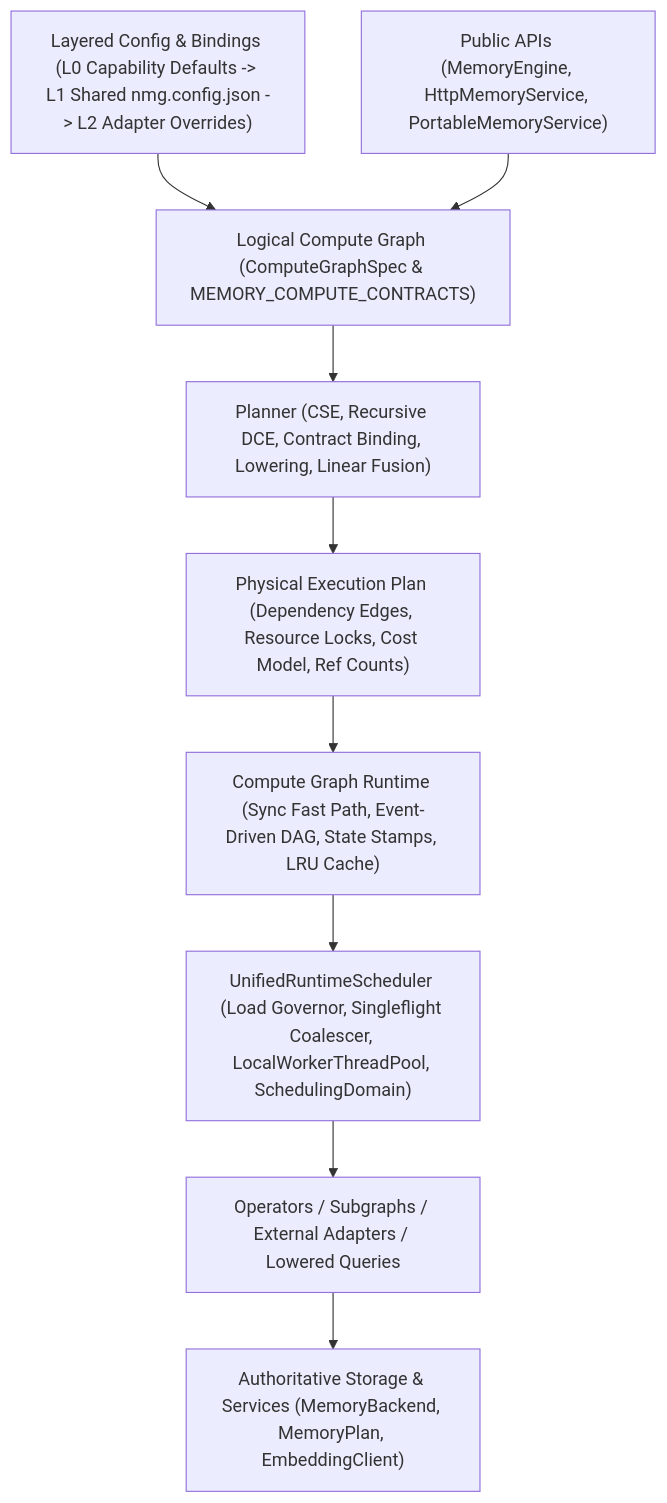
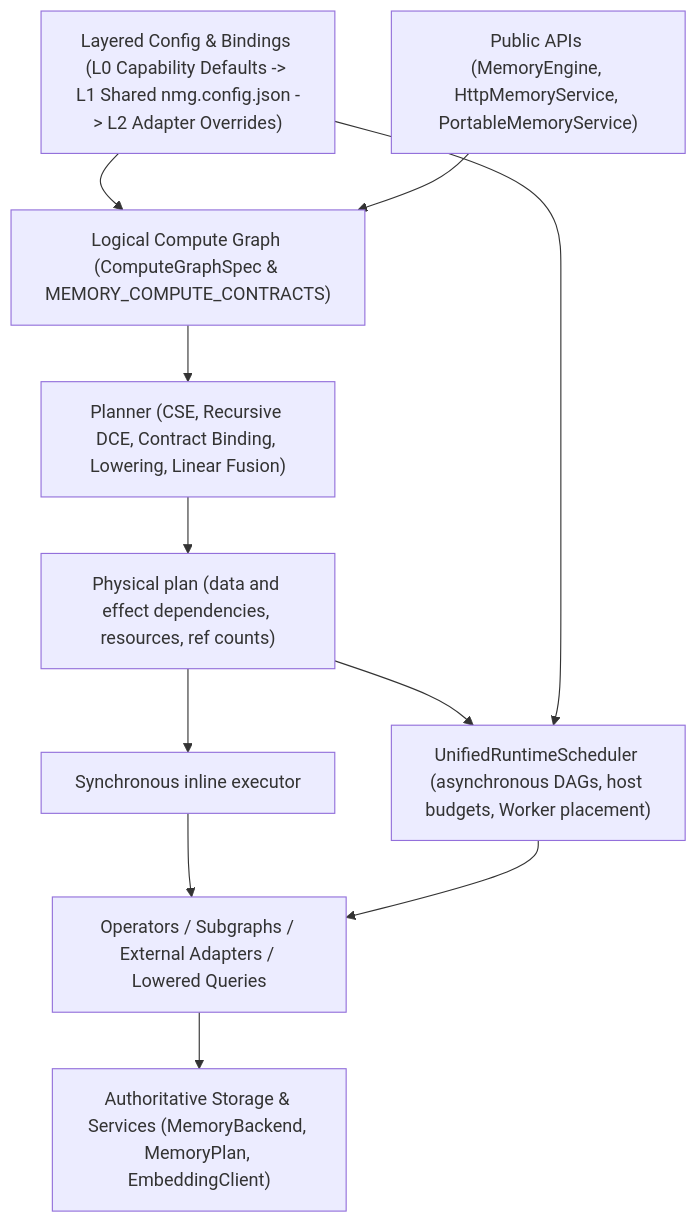
Before and after one commit to wefio/NodeMemoryGraph: the diagram in docs/design/unified-architecture/compute-engine.md, drawn with Mermaid. The commit also changed other lines of this file and 41 other files, not shown here.

First line of the commit message:
refactor(runtime): converge production compute scheduling and capability binding

````diff
--- a/docs/design/unified-architecture/compute-engine.md
+++ b/docs/design/unified-architecture/compute-engine.md
@@ -12,11 +12,13 @@
 ```mermaid
 flowchart TB
   Config["Layered Config & Bindings (L0 Capability Defaults -> L1 Shared nmg.config.json -> L2 Adapter Overrides)"] --> Logical
   API["Public APIs (MemoryEngine, HttpMemoryService, PortableMemoryService)"] --> Logical["Logical Compute Graph (ComputeGraphSpec & MEMORY_COMPUTE_CONTRACTS)"]
   Logical --> Planner["Planner (CSE, Recursive DCE, Contract Binding, Lowering, Linear Fusion)"]
-  Planner --> Physical["Physical Execution Plan (Dependency Edges, Resource Locks, Cost Model, Ref Counts)"]
-  Physical --> Runtime["Compute Graph Runtime (Sync Fast Path, Event-Driven DAG, State Stamps, LRU Cache)"]
-  Runtime --> Scheduler["UnifiedRuntimeScheduler (Load Governor, Singleflight Coalescer, LocalWorkerThreadPool, SchedulingDomain)"]
+  Planner --> Physical["Physical plan (data and effect dependencies, resources, ref counts)"]
+  Physical --> Inline["Synchronous inline executor"]
+  Physical --> Scheduler["UnifiedRuntimeScheduler (asynchronous DAGs, host budgets, Worker placement)"]
+  Config --> Scheduler
+  Inline --> Realizations
   Scheduler --> Realizations["Operators / Subgraphs / External Adapters / Lowered Queries"]
   Realizations --> Storage["Authoritative Storage & Services (MemoryBackend, MemoryPlan, EmbeddingClient)"]
 ```
````
